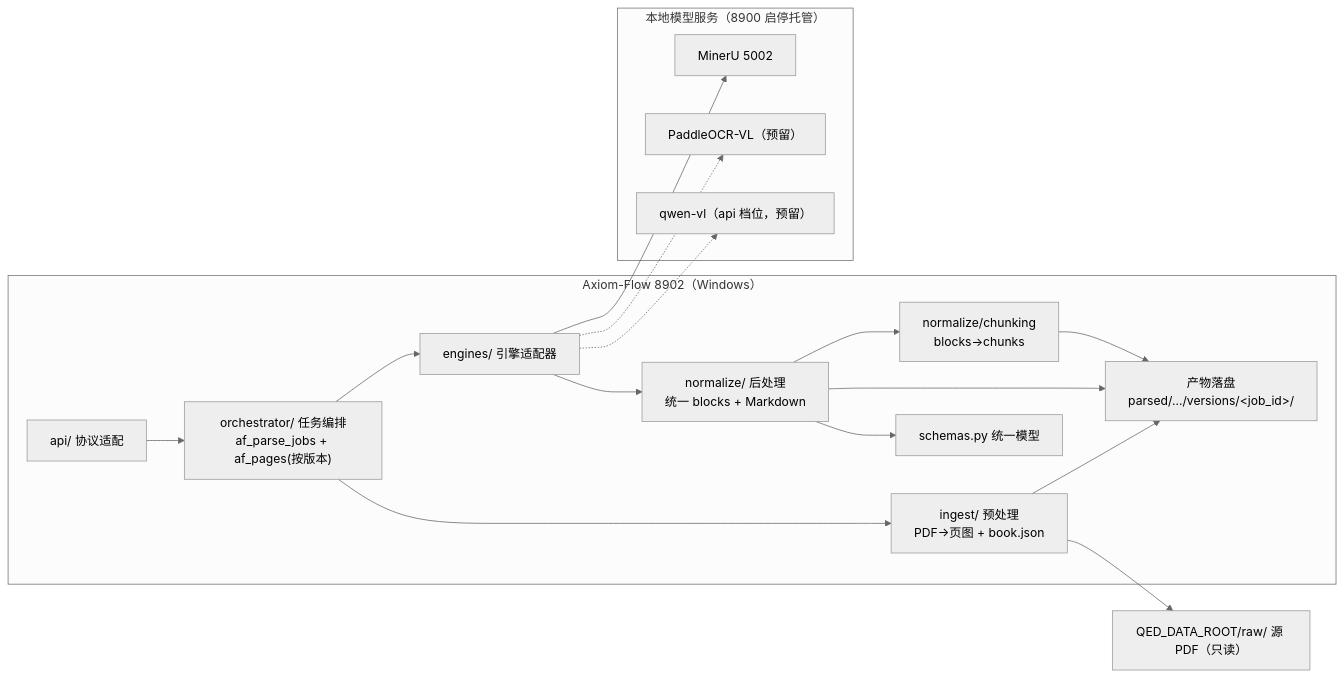
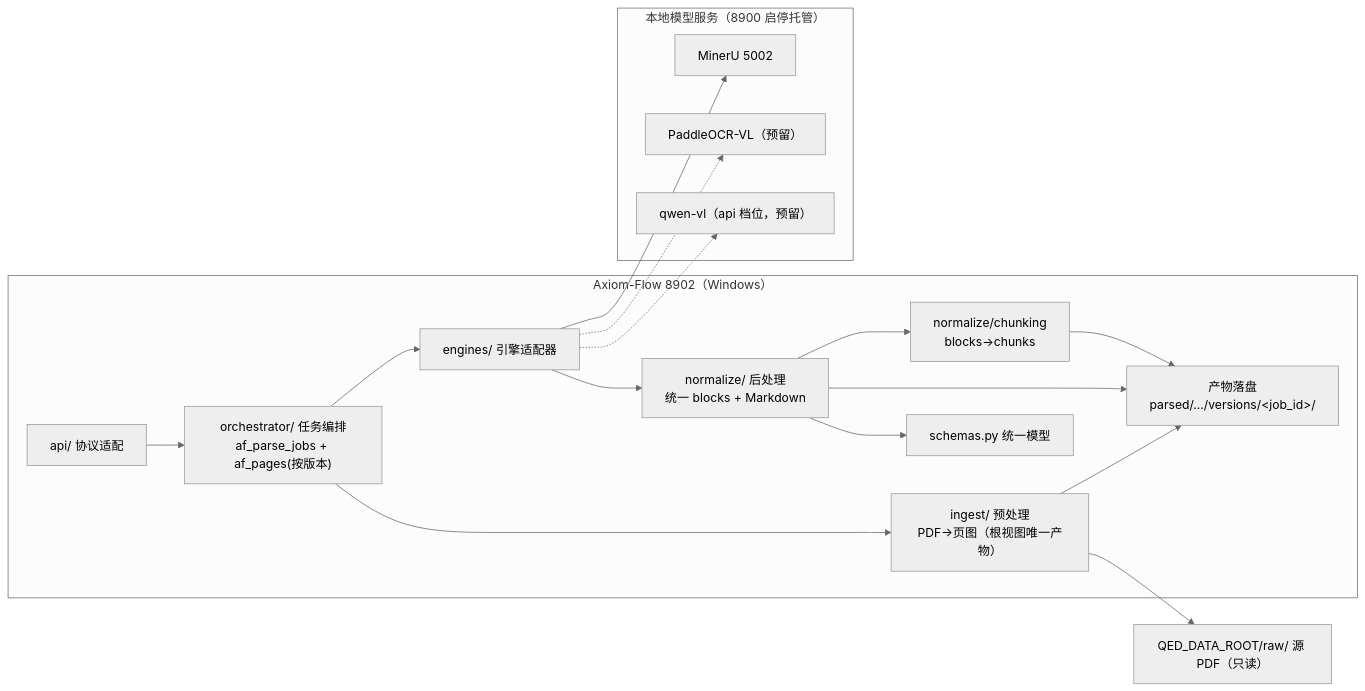
The diagram in docs/design/parsing-pipeline.md (swfswf1234/Axiom-Flow), drawn with Mermaid (neutral theme) before and after one commit. The commit also changed other lines of this file and 4 other files, not shown here.

First line of the commit message:
docs: PLAN-017 W5 设计/契约同步 + W6 回执正文入壳——根视图清理批收拢（真机项挂 W7）

````diff
--- a/docs/design/parsing-pipeline.md
+++ b/docs/design/parsing-pipeline.md
@@ -68,33 +67,33 @@
 ```mermaid
 flowchart LR
     subgraph WIN["Axiom-Flow 8902（Windows）"]
         API["api/ 协议适配"]
         OR["orchestrator/ 任务编排<br/>af_parse_jobs + af_pages(按版本)"]
-        ING["ingest/ 预处理<br/>PDF→页图 + book.json"]
+        ING["ingest/ 预处理<br/>PDF→页图（根视图唯一产物）"]
         ENG["engines/ 引擎适配器"]
         NRM["normalize/ 后处理<br/>统一 blocks + Markdown"]
         CHK["normalize/chunking<br/>blocks→chunks"]
         SCH["schemas.py 统一模型"]
         ST["产物落盘<br/>parsed/…/versions/&lt;job_id&gt;/"]
     end
     subgraph MODELS["本地模型服务（8900 启停托管）"]
         MRU["MinerU 5002"]
         PVL["PaddleOCR-VL（预留）"]
         QVL["qwen-vl（api 档位，预留）"]
     end
     RAW["QED_DATA_ROOT/raw/ 源 PDF（只读）"]
 
     API --> OR
     OR --> ING
     OR --> ENG
     ENG --> MRU
     ENG -.-> PVL
     ENG -.-> QVL
     ENG --> NRM
     NRM --> SCH
     NRM --> CHK
     CHK --> ST
     NRM --> ST
     ING --> RAW
     ING --> ST
 ```
````
